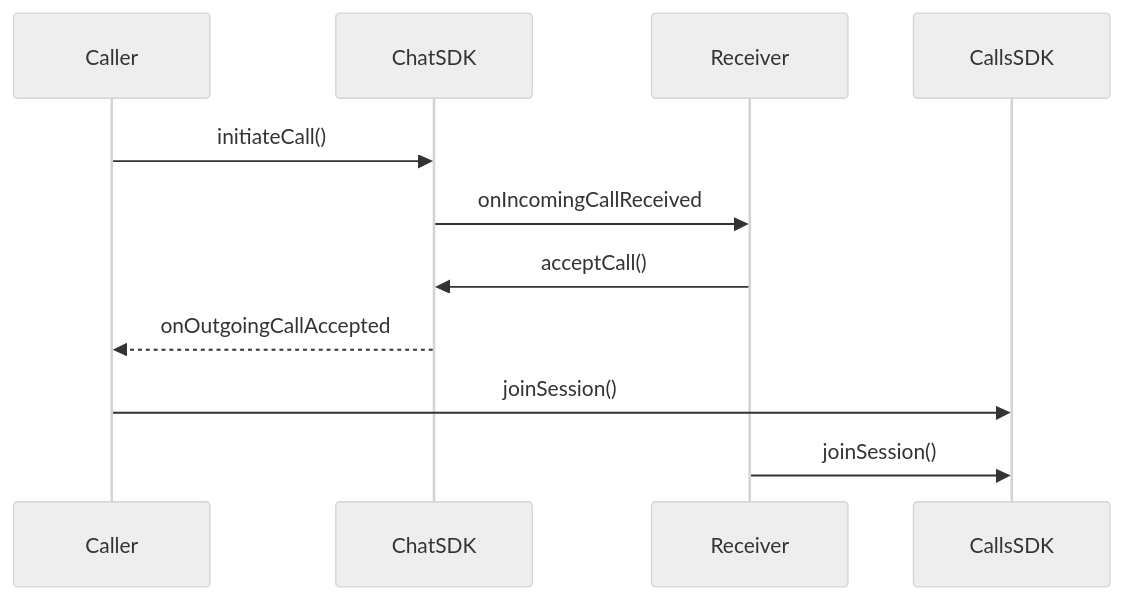
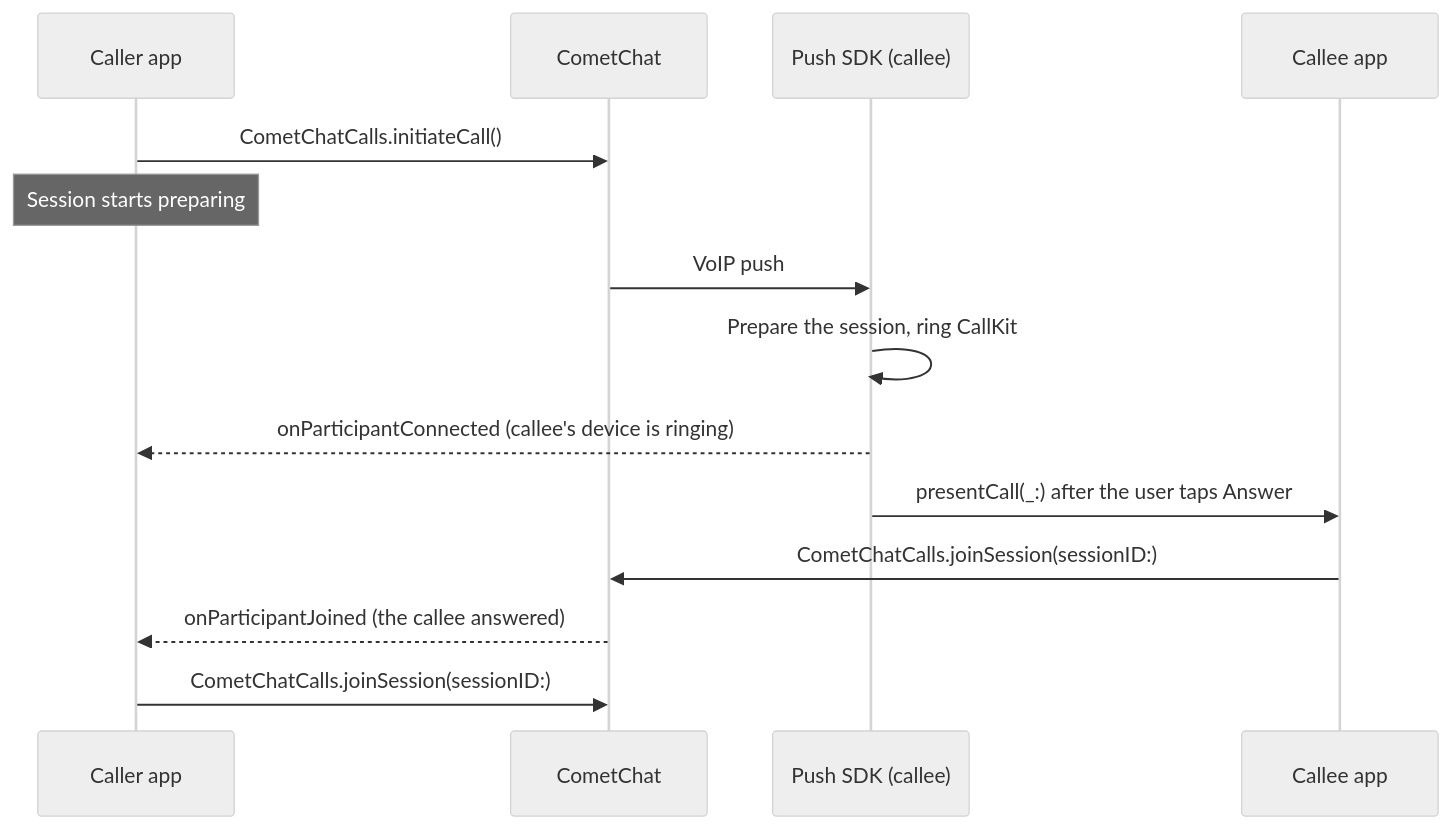
Before and after one commit to cometchat/docs: the diagram in calls/ios/ringing.mdx, drawn with Mermaid (neutral theme). The commit also changed other lines of this file and 12 other files, not shown here.

````diff
--- a/calls/ios/ringing.mdx
+++ b/calls/ios/ringing.mdx
@@ -21,14 +23,17 @@
 ```mermaid
 sequenceDiagram
-    participant Caller
-    participant ChatSDK
-    participant Receiver
-    participant CallsSDK
-    
-    Caller->>ChatSDK: initiateCall()
-    ChatSDK->>Receiver: onIncomingCallReceived
-    Receiver->>ChatSDK: acceptCall()
-    ChatSDK-->>Caller: onOutgoingCallAccepted
-    Caller->>CallsSDK: joinSession()
-    Receiver->>CallsSDK: joinSession()
+    participant Caller as Caller app
+    participant Server as CometChat
+    participant Push as Push SDK (callee)
+    participant Callee as Callee app
+
+    Caller->>Server: CometChatCalls.initiateCall()
+    Note over Caller: Session starts preparing
+    Server->>Push: VoIP push
+    Push->>Push: Prepare the session, ring CallKit
+    Push-->>Caller: onParticipantConnected (callee's device is ringing)
+    Push->>Callee: presentCall(_:) after the user taps Answer
+    Callee->>Server: CometChatCalls.joinSession(sessionID:)
+    Server-->>Caller: onParticipantJoined (the callee answered)
+    Caller->>Server: CometChatCalls.joinSession(sessionID:)
 ```
````
